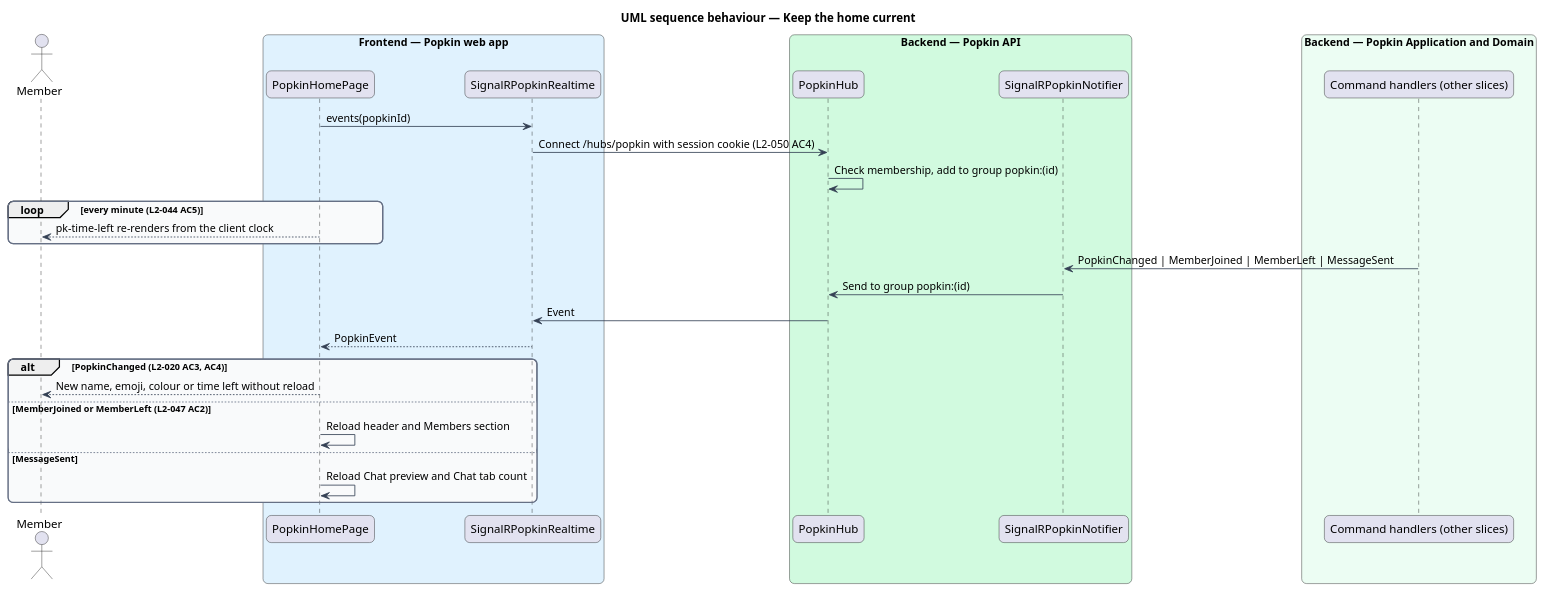
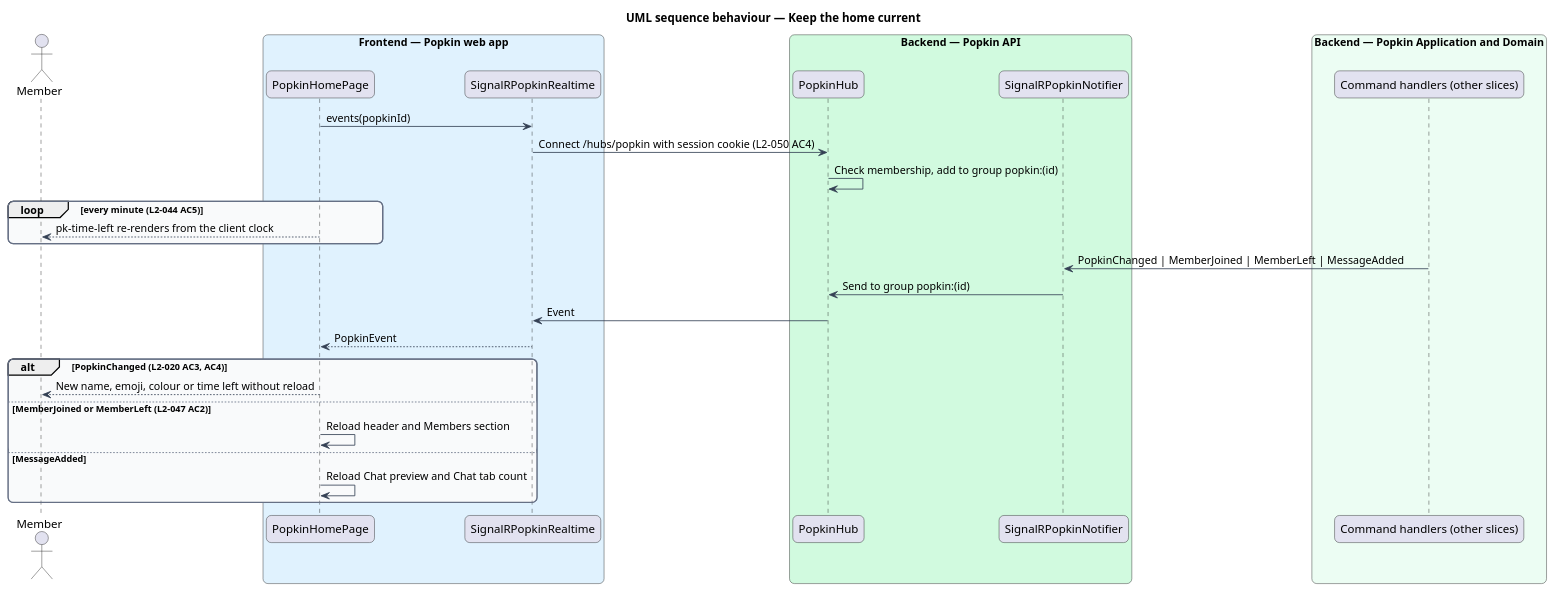
Before and after one commit to QuinntyneBrown/popkin: the diagram in docs/detailed-designs/popkins/popkin-home/diagrams/sequence-live-updates.puml, drawn with PlantUML. The commit also changed 6 other files, not shown here.

```diff
--- a/docs/detailed-designs/popkins/popkin-home/diagrams/sequence-live-updates.puml
+++ b/docs/detailed-designs/popkins/popkin-home/diagrams/sequence-live-updates.puml
@@ -1,46 +1,46 @@
 @startuml
 title UML sequence behaviour — Keep the home current
 skinparam backgroundColor #FFFFFF
 skinparam shadowing false
 skinparam roundcorner 12
 skinparam defaultFontName Arial
 skinparam ArrowColor #344054
 skinparam rectangle {
   BorderColor #344054
   FontColor #101828
 }
 skinparam package {
   BorderColor #667085
   FontColor #101828
   BackgroundColor #F9FAFB
 }
 actor "Member" as actor
 box "Frontend — Popkin web app" #E0F2FE
   participant "PopkinHomePage" as page
   participant "SignalRPopkinRealtime" as rt
 end box
 box "Backend — Popkin API" #D1FADF
   participant "PopkinHub" as hub
   participant "SignalRPopkinNotifier" as notifier
 end box
 box "Backend — Popkin Application and Domain" #ECFDF3
   participant "Command handlers (other slices)" as handler
 end box
 page -> rt : events(popkinId)
 rt -> hub : Connect /hubs/popkin with session cookie (L2-050 AC4)
 hub -> hub : Check membership, add to group popkin:(id)
 loop every minute (L2-044 AC5)
   page --> actor : pk-time-left re-renders from the client clock
 end
-handler -> notifier : PopkinChanged | MemberJoined | MemberLeft | MessageSent
+handler -> notifier : PopkinChanged | MemberJoined | MemberLeft | MessageAdded
 notifier -> hub : Send to group popkin:(id)
 hub -> rt : Event
 rt --> page : PopkinEvent
 alt PopkinChanged (L2-020 AC3, AC4)
   page --> actor : New name, emoji, colour or time left without reload
 else MemberJoined or MemberLeft (L2-047 AC2)
   page -> page : Reload header and Members section
-else MessageSent
+else MessageAdded
   page -> page : Reload Chat preview and Chat tab count
 end
 @enduml
```
